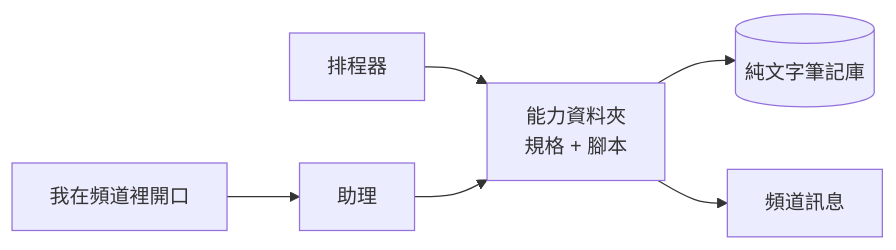
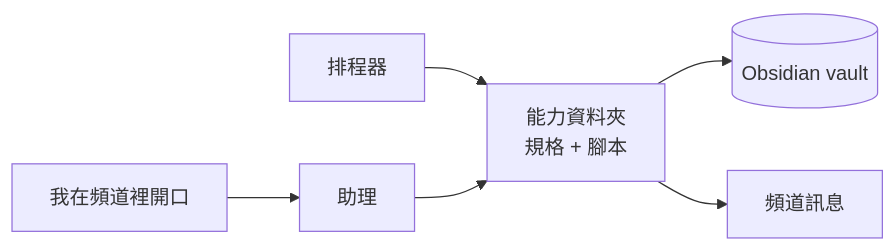
The first of 2 diagrams in src/content/blog/zh-tw/resident-personal-assistant.md (HaoweiChan/HaoweiChan.github.io), drawn with Mermaid before and after one commit. The commit also changed other lines of this file and 1 other file, not shown here.

First line of the commit message:
content: name Discord and Obsidian in the assistant post

````diff
--- a/src/content/blog/zh-tw/resident-personal-assistant.md
+++ b/src/content/blog/zh-tw/resident-personal-assistant.md
@@ -69,7 +69,7 @@
 ```mermaid
 flowchart LR
     Sched[排程器] --> Skill[能力資料夾<br/>規格 + 腳本]
     Me[我在頻道裡開口] --> Agent[助理] --> Skill
-    Skill --> Vault[(純文字筆記庫)]
+    Skill --> Vault[(Obsidian vault)]
     Skill --> Chan[頻道訊息]
 ```
````
